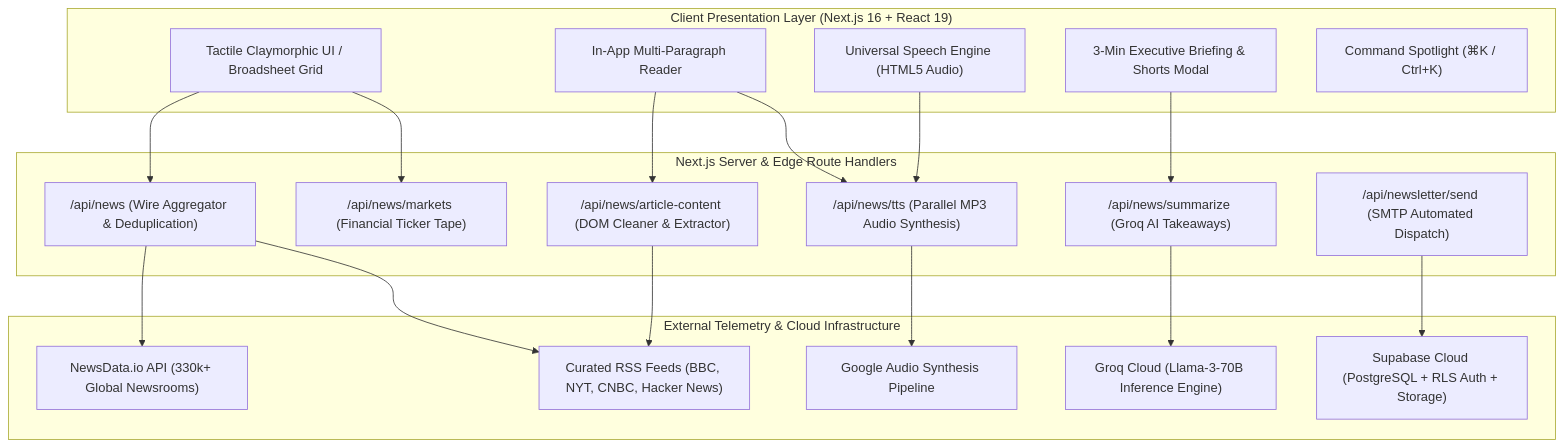
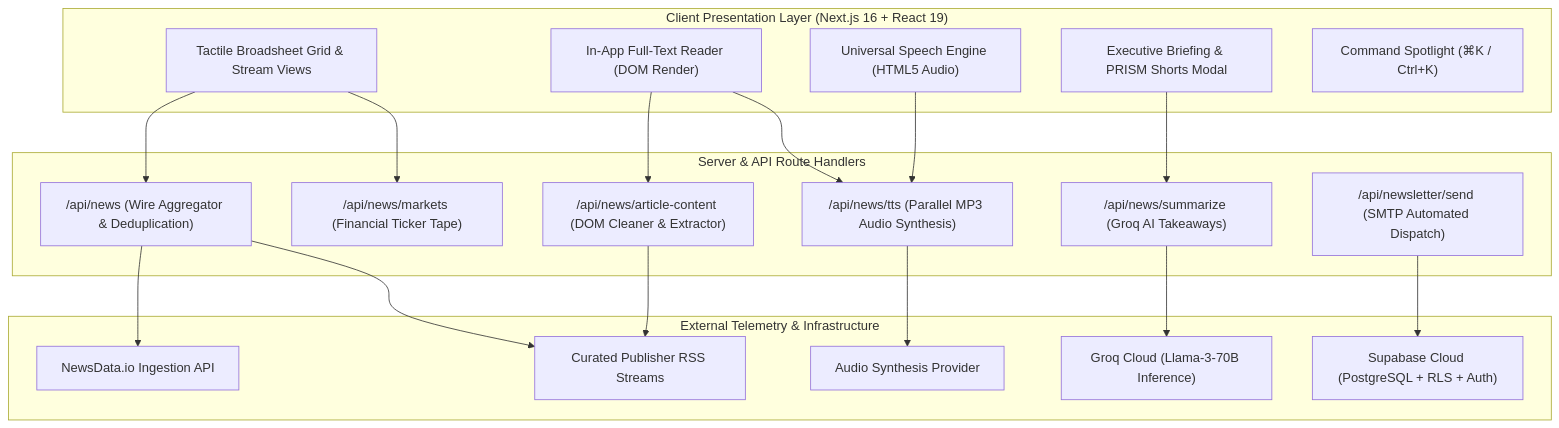
One commit to kartikbhartiya/news-aggregator changed the diagram in README.md. Above: the diagram before and after it, drawn with Mermaid. The commit also changed other lines of this file, not shown here.

````diff
--- a/README.md
+++ b/README.md
@@ -70,41 +38,41 @@
 ```mermaid
 flowchart TD
     subgraph Client ["Client Presentation Layer (Next.js 16 + React 19)"]
-        UI["Tactile Claymorphic UI / Broadsheet Grid"]
-        Reader["In-App Multi-Paragraph Reader"]
+        UI["Tactile Broadsheet Grid & Stream Views"]
+        Reader["In-App Full-Text Reader (DOM Render)"]
         Audio["Universal Speech Engine (HTML5 Audio)"]
-        Modal["3-Min Executive Briefing & Shorts Modal"]
+        Modal["Executive Briefing & PRISM Shorts Modal"]
         Palette["Command Spotlight (⌘K / Ctrl+K)"]
     end
 
-    subgraph Edge ["Next.js Server & Edge Route Handlers"]
+    subgraph Edge ["Server & API Route Handlers"]
         API_NEWS["/api/news (Wire Aggregator & Deduplication)"]
         API_EXTRACT["/api/news/article-content (DOM Cleaner & Extractor)"]
         API_TTS["/api/news/tts (Parallel MP3 Audio Synthesis)"]
         API_SUMMARIZE["/api/news/summarize (Groq AI Takeaways)"]
         API_MARKETS["/api/news/markets (Financial Ticker Tape)"]
         API_NEWSLETTER["/api/newsletter/send (SMTP Automated Dispatch)"]
     end
 
-    subgraph Data ["External Telemetry & Cloud Infrastructure"]
-        NewsData["NewsData.io API (330k+ Global Newsrooms)"]
-        RSS["Curated RSS Feeds (BBC, NYT, CNBC, Hacker News)"]
-        Groq["Groq Cloud (Llama-3-70B Inference Engine)"]
-        Supabase["Supabase Cloud (PostgreSQL + RLS Auth + Storage)"]
-        GoogleTTS["Google Audio Synthesis Pipeline"]
+    subgraph Data ["External Telemetry & Infrastructure"]
+        NewsData["NewsData.io Ingestion API"]
+        RSS["Curated Publisher RSS Streams"]
+        Groq["Groq Cloud (Llama-3-70B Inference)"]
+        Supabase["Supabase Cloud (PostgreSQL + RLS + Auth)"]
+        GoogleTTS["Audio Synthesis Provider"]
     end
 
     UI --> API_NEWS
     UI --> API_MARKETS
     Reader --> API_EXTRACT
     Reader --> API_TTS
     Modal --> API_SUMMARIZE
     Audio --> API_TTS
 
     API_NEWS --> NewsData
     API_NEWS --> RSS
     API_EXTRACT --> RSS
     API_TTS --> GoogleTTS
     API_SUMMARIZE --> Groq
     API_NEWSLETTER --> Supabase
 ```
````
